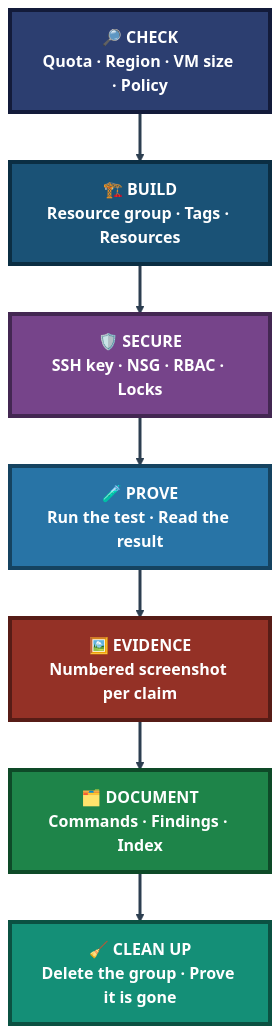
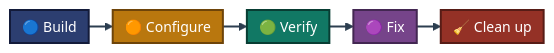
The second of 2 diagrams in README.md (malaika-azhar/Cloud-Infrastructure-Engineering), drawn with Mermaid before and after one commit. The commit also changed other lines of this file, not shown here.

````diff
--- a/README.md
+++ b/README.md
@@ -218,22 +228,11 @@
 ```mermaid
-flowchart TB
-    Chk["🔎 CHECK<br/>Quota · Region · VM size · Policy"]:::c1
-    Bld["🏗️ BUILD<br/>Resource group · Tags · Resources"]:::c2
-    Sec["🛡️ SECURE<br/>SSH key · NSG · RBAC · Locks"]:::c3
-    Prv["🧪 PROVE<br/>Run the test · Read the result"]:::c4
-    Evd["🖼️ EVIDENCE<br/>Numbered screenshot per claim"]:::c5
-    Gap["🗂️ DOCUMENT<br/>Commands · Findings · Index"]:::c6
-    Cln["🧹 CLEAN UP<br/>Delete the group · Prove it is gone"]:::c7
-
-    Chk --> Bld --> Sec --> Prv --> Evd --> Gap --> Cln
-
-    classDef c1 fill:#2C3E70,stroke:#131B3A,stroke-width:4px,color:#FFFFFF,font-weight:bold
-    classDef c2 fill:#1A5276,stroke:#0B2E43,stroke-width:4px,color:#FFFFFF,font-weight:bold
-    classDef c3 fill:#76448A,stroke:#432752,stroke-width:4px,color:#FFFFFF,font-weight:bold
-    classDef c4 fill:#2874A6,stroke:#154360,stroke-width:4px,color:#FFFFFF,font-weight:bold
-    classDef c5 fill:#943126,stroke:#571C16,stroke-width:4px,color:#FFFFFF,font-weight:bold
-    classDef c6 fill:#1E8449,stroke:#0E4A28,stroke-width:4px,color:#FFFFFF,font-weight:bold
-    classDef c7 fill:#148F77,stroke:#0B5142,stroke-width:4px,color:#FFFFFF,font-weight:bold
-
-    linkStyle default stroke:#2C3E50,stroke-width:3px
+%%{init: {'theme': 'base', 'themeVariables': {'fontSize': '14px'}, 'flowchart': {'nodeSpacing': 18, 'rankSpacing': 24, 'padding': 6}}}%%
+flowchart LR
+    A["🔵 Build"]:::c1 --> B["🟠 Configure"]:::c2 --> C["🟢 Verify"]:::c3 --> D["🟣 Fix"]:::c4 --> E["🧹 Clean up"]:::c5
+    classDef c1 fill:#2C3E70,stroke:#131B3A,stroke-width:2px,color:#FFFFFF
+    classDef c2 fill:#B9770E,stroke:#6E4409,stroke-width:2px,color:#FFFFFF
+    classDef c3 fill:#117864,stroke:#083D33,stroke-width:2px,color:#FFFFFF
+    classDef c4 fill:#76448A,stroke:#432752,stroke-width:2px,color:#FFFFFF
+    classDef c5 fill:#943126,stroke:#571C16,stroke-width:2px,color:#FFFFFF
+    linkStyle default stroke:#2C3E50,stroke-width:2px
 ```
````
